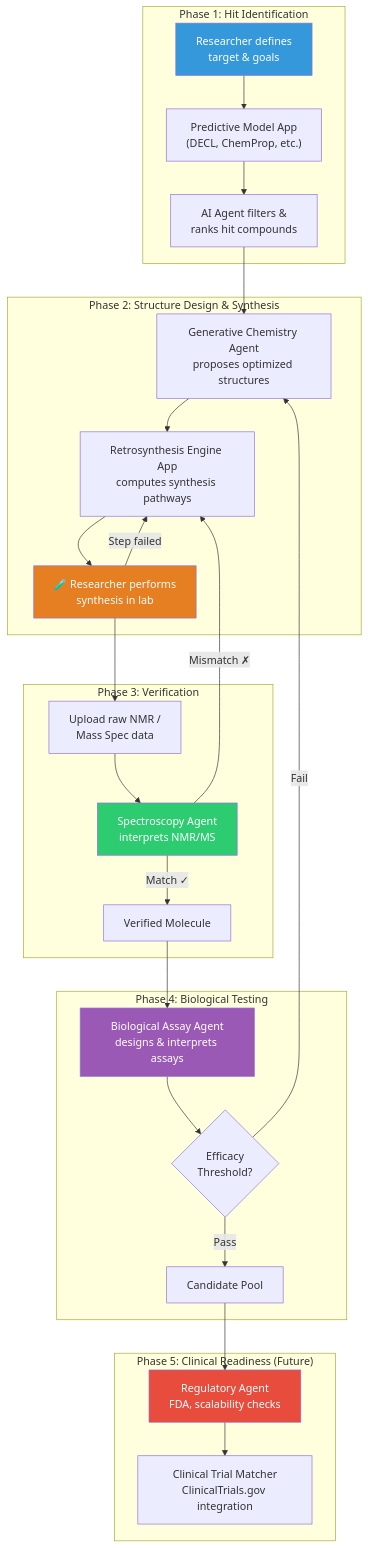
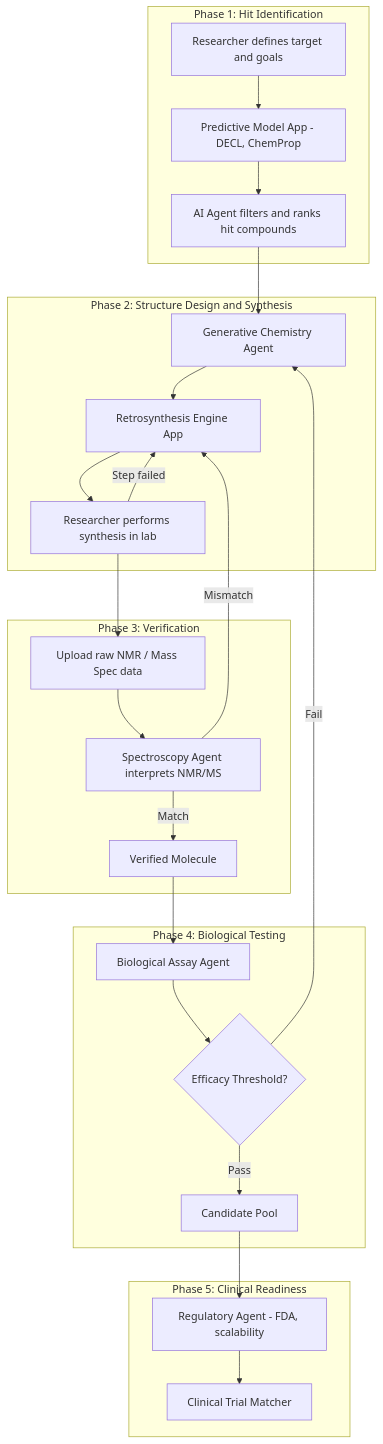
One commit to AidanSYu/Atlas-OS changed the seventh of 9 diagrams in docs/ATLAS_DISCOVERY_VISION.md. Above: the diagram before and after it, drawn with Mermaid. The commit also changed other lines of this file and 1 other file, not shown here.

Commit message:
docs: Move ATLAS_DISCOVERY_VISION.md to docs/ and refactor content for improved path portability and diagram clarity.

````diff
--- a/docs/ATLAS_DISCOVERY_VISION.md
+++ b/docs/ATLAS_DISCOVERY_VISION.md
@@ -389,39 +366,33 @@
 ```mermaid
 flowchart TB
-    subgraph "Phase 1: Hit Identification"
-        A["Researcher defines<br/>target & goals"] --> B["Predictive Model App<br/>(DECL, ChemProp, etc.)"]
-        B --> C["AI Agent filters &<br/>ranks hit compounds"]
+    subgraph P1["Phase 1: Hit Identification"]
+        A["Researcher defines target and goals"] --> B["Predictive Model App - DECL, ChemProp"]
+        B --> C["AI Agent filters and ranks hit compounds"]
     end
 
-    subgraph "Phase 2: Structure Design & Synthesis"
-        C --> D["Generative Chemistry Agent<br/>proposes optimized structures"]
-        D --> E["Retrosynthesis Engine App<br/>computes synthesis pathways"]
-        E --> F["🧪 Researcher performs<br/>synthesis in lab"]
-        F -->|"Step failed"| E
+    subgraph P2["Phase 2: Structure Design and Synthesis"]
+        C --> D["Generative Chemistry Agent"]
+        D --> E["Retrosynthesis Engine App"]
+        E --> F["Researcher performs synthesis in lab"]
+        F -->|Step failed| E
     end
 
-    subgraph "Phase 3: Verification"
-        F --> G["Upload raw NMR /<br/>Mass Spec data"]
-        G --> H["Spectroscopy Agent<br/>interprets NMR/MS"]
-        H -->|"Match ✓"| I["Verified Molecule"]
-        H -->|"Mismatch ✗"| E
+    subgraph P3["Phase 3: Verification"]
+        F --> G["Upload raw NMR / Mass Spec data"]
+        G --> H["Spectroscopy Agent interprets NMR/MS"]
+        H -->|Match| I["Verified Molecule"]
+        H -->|Mismatch| E
     end
 
-    subgraph "Phase 4: Biological Testing"
-        I --> J["Biological Assay Agent<br/>designs & interprets assays"]
-        J --> K{"Efficacy<br/>Threshold?"}
-        K -->|"Pass"| L["Candidate Pool"]
-        K -->|"Fail"| D
+    subgraph P4["Phase 4: Biological Testing"]
+        I --> J["Biological Assay Agent"]
+        J --> K{Efficacy Threshold?}
+        K -->|Pass| L["Candidate Pool"]
+        K -->|Fail| D
     end
 
-    subgraph "Phase 5: Clinical Readiness (Future)"
-        L --> M["Regulatory Agent<br/>FDA, scalability checks"]
-        M --> N["Clinical Trial Matcher<br/>ClinicalTrials.gov integration"]
+    subgraph P5["Phase 5: Clinical Readiness"]
+        L --> M["Regulatory Agent - FDA, scalability"]
+        M --> N["Clinical Trial Matcher"]
     end
-
-    style A fill:#3498DB,color:#fff
-    style F fill:#E67E22,color:#fff
-    style H fill:#2ECC71,color:#fff
-    style J fill:#9B59B6,color:#fff
-    style M fill:#E74C3C,color:#fff
 ```
````
